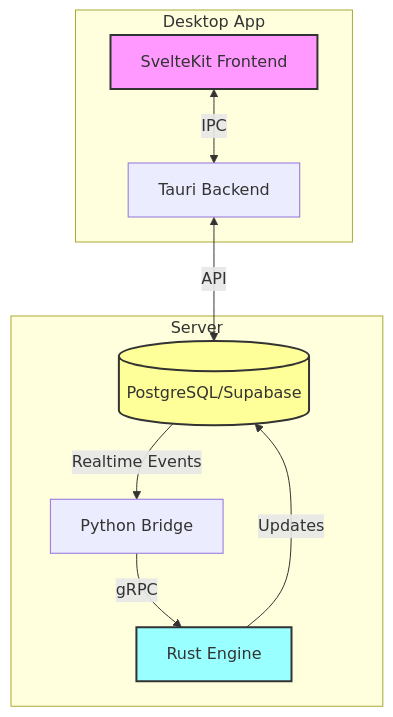
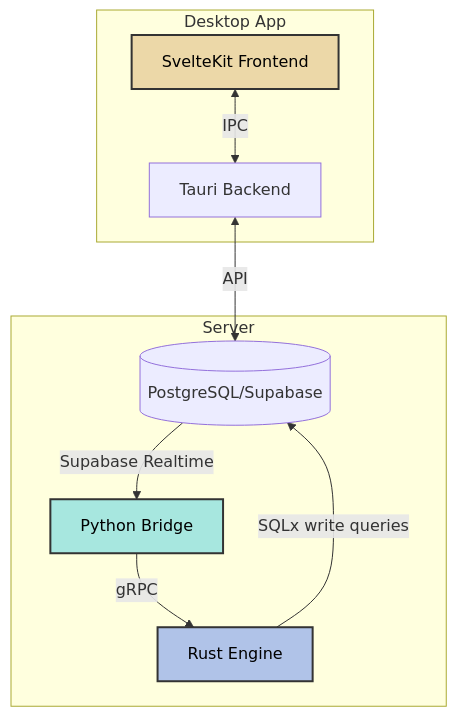
The diagram in README.md (Stoa-Medical/Portico), drawn with Mermaid before and after one commit.

Commit message:
style: Update styles for components in README.md

````diff
--- a/README.md
+++ b/README.md
@@ -16,24 +16,24 @@
 ```mermaid
 graph TB
     subgraph "Desktop App"
         A[SvelteKit Frontend]
         B[Tauri Backend]
         A <-->|IPC| B
     end
 
     subgraph "Server"
         C[(PostgreSQL/Supabase)]
         D[Python Bridge]
         E[Rust Engine]
 
-        C -->|Realtime Events| D
+        C -->|Supabase Realtime| D
         D -->|gRPC| E
-        E -->|Updates| C
+        E -->|SQLx write queries| C
     end
 
     B <-->|API| C
 
-    style A fill:#f9f,stroke:#333,stroke-width:2px
-    style E fill:#9ff,stroke:#333,stroke-width:2px
-    style C fill:#ff9,stroke:#333,stroke-width:2px
+    style A fill:#ECD8A8,color:#000,stroke:#333,stroke-width:2px
+    style E fill:#B0C3E8,color:#000,stroke:#333,stroke-width:2px
+    style D fill:#A7E7DF,color:#000,stroke:#333,stroke-width:2px
 ```
````
